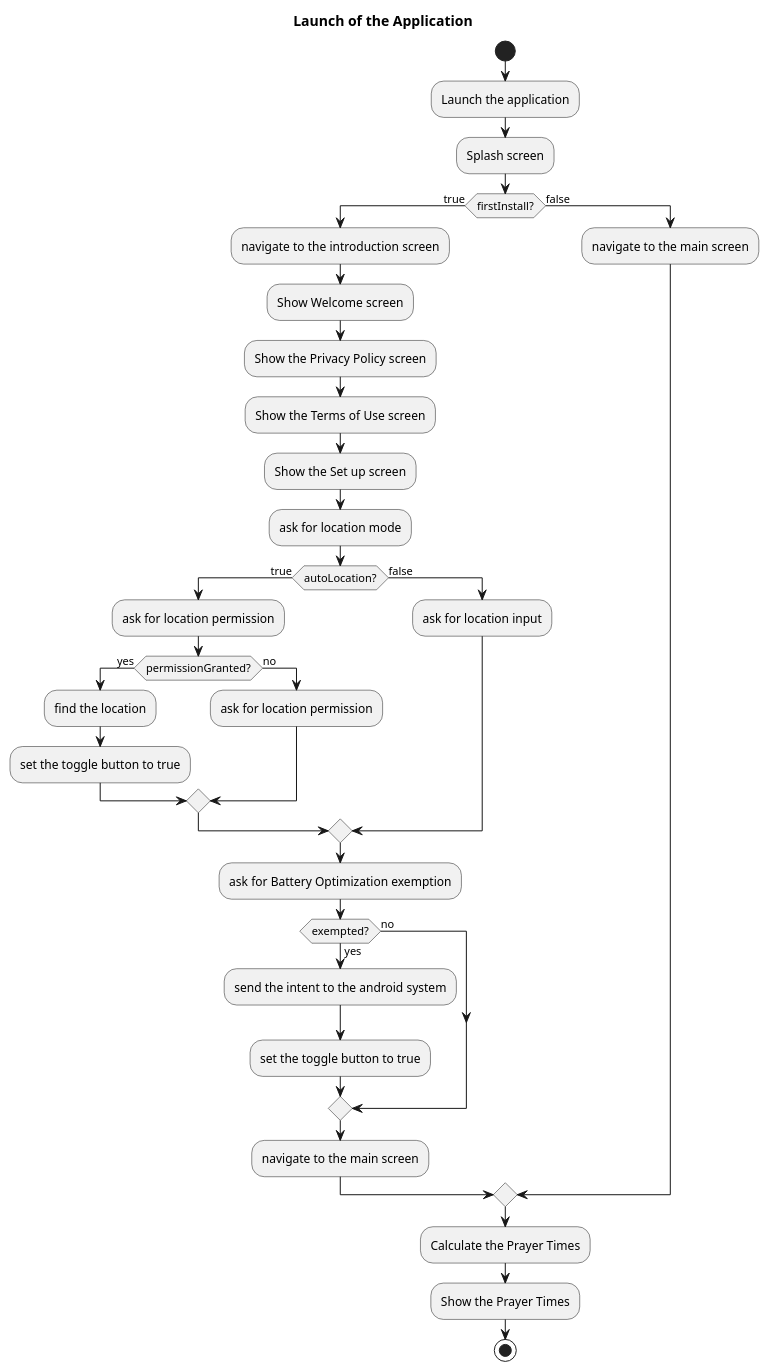
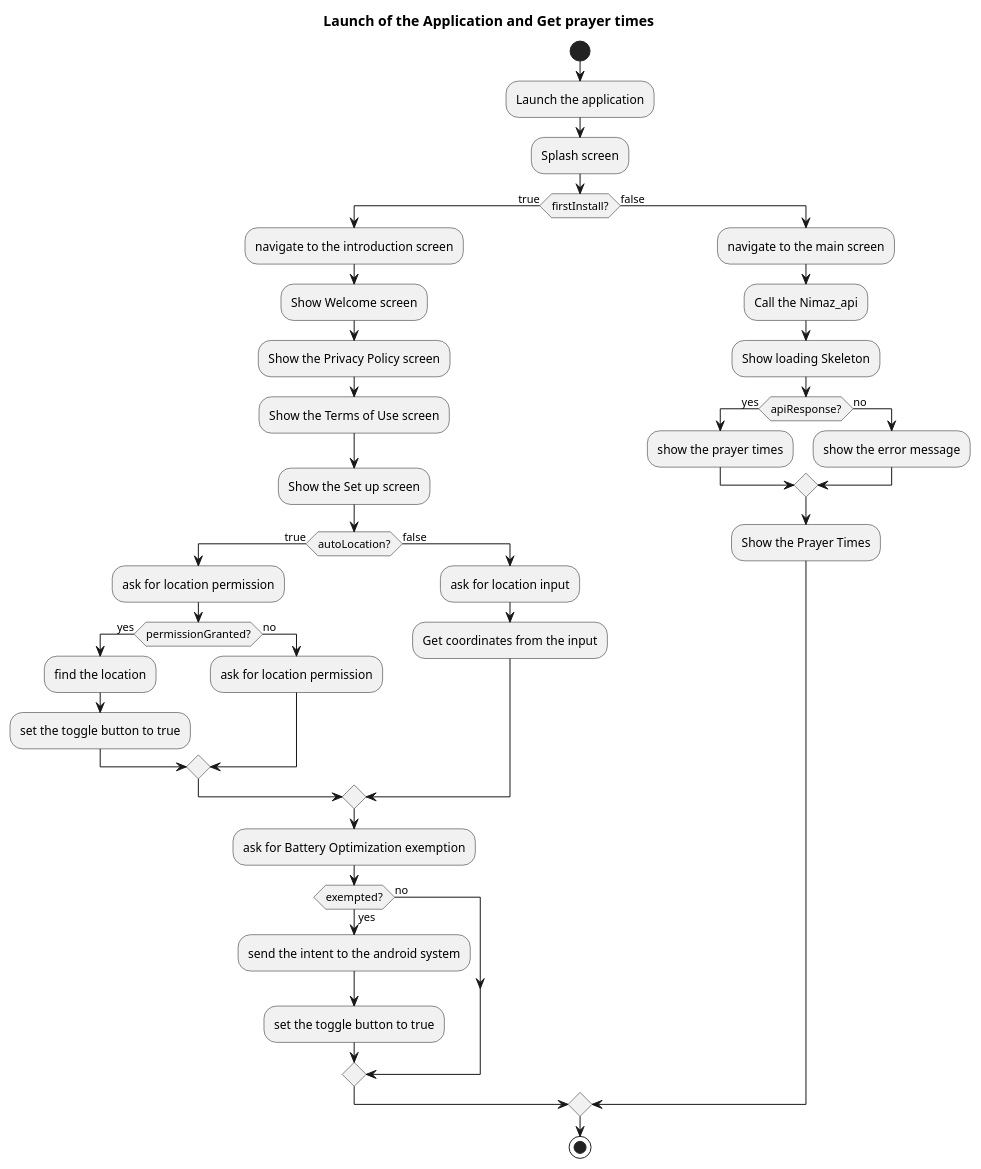
The diagram in app/src/main/java/com/arshadshah/nimaz/diagrams/FlowChart/Applicationlaunch.puml (arshad-shah/Nimaz), drawn with PlantUML before and after one commit. The commit also changed 15 other files, not shown here.

Commit message:
fixed api data flow from nimaz api datasource.

```diff
--- a/app/src/main/java/com/arshadshah/nimaz/diagrams/FlowChart/Applicationlaunch.puml
+++ b/app/src/main/java/com/arshadshah/nimaz/diagrams/FlowChart/Applicationlaunch.puml
@@ -1,39 +1,43 @@
 @startuml
 'https://plantuml.com/activity-diagram-beta
-title Launch of the Application
+title Launch of the Application and Get prayer times
 start
 :Launch the application;
 :Splash screen;
 if (firstInstall?) then (true)
     :navigate to the introduction screen;
     :Show Welcome screen;
     :Show the Privacy Policy screen;
     :Show the Terms of Use screen;
     :Show the Set up screen;
-    :ask for location mode;
     if(autoLocation?) then (true)
      :ask for location permission;
      if (permissionGranted?) then (yes)
      :find the location;
      :set the toggle button to true;
      else (no)
         :ask for location permission;
      endif
     else (false)
     :ask for location input;
+    :Get coordinates from the input;
     endif
     :ask for Battery Optimization exemption;
     if (exempted?) then (yes)
     :send the intent to the android system;
     :set the toggle button to true;
     else (no)
     endif
-    :navigate to the main screen;
 else (false)
-    :navigate to the main screen;
+:navigate to the main screen;
+:Call the Nimaz_api;
+:Show loading Skeleton;
+if(apiResponse?) then (yes)
+    :show the prayer times;
+else (no)
+    :show the error message;
 endif
-:Calculate the Prayer Times;
 :Show the Prayer Times;
+endif
 stop
-
 @enduml
```
